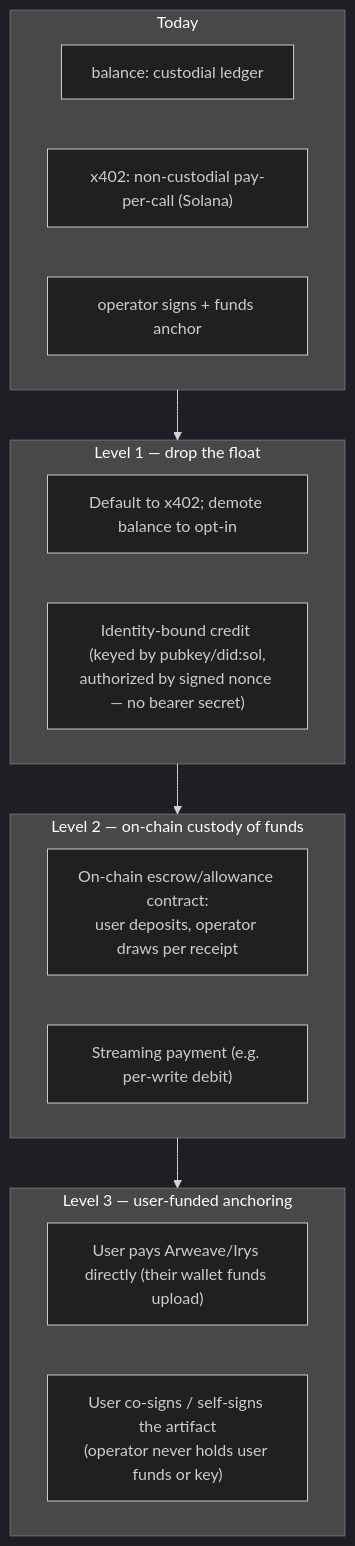
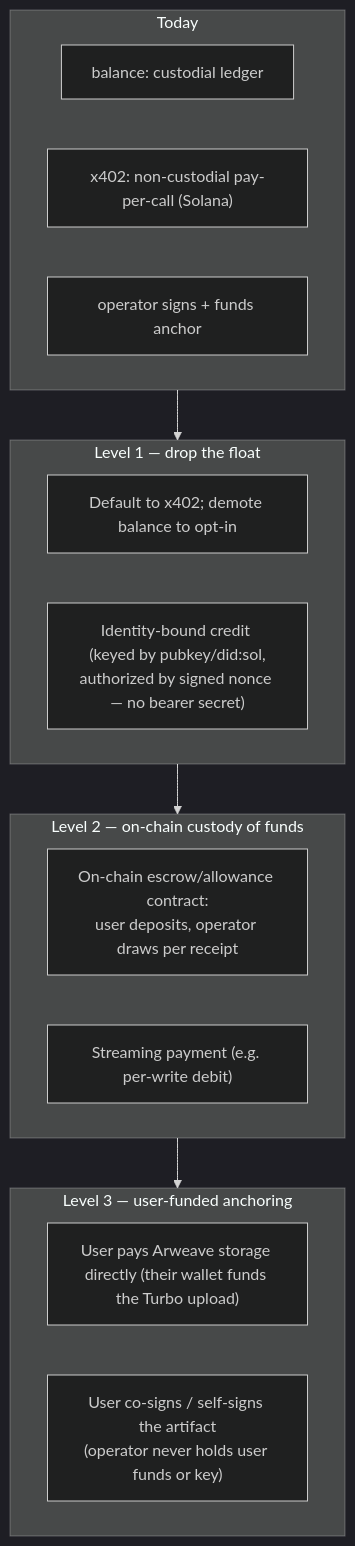
One commit to mnemonik-xyz/monorepo changed the fifth of 5 diagrams in work/payments-robustness/report.md. Above: the diagram before and after it, drawn with Mermaid (dark theme). The commit also changed other lines of this file and 90 other files, not shown here.

First line of the commit message:
docs: replace Irys with ArDrive Turbo and Arweave gateways

````diff
--- a/work/payments-robustness/report.md
+++ b/work/payments-robustness/report.md
@@ -307,21 +307,21 @@
 ```mermaid
 flowchart TD
     subgraph Now["Today"]
       C1["balance: custodial ledger"]
       C2["x402: non-custodial pay-per-call (Solana)"]
       C3["operator signs + funds anchor"]
     end
     subgraph L1["Level 1 — drop the float"]
       A["Default to x402; demote balance to opt-in"]
       B["Identity-bound credit (keyed by pubkey/did:sol,<br/>authorized by signed nonce — no bearer secret)"]
     end
     subgraph L2["Level 2 — on-chain custody of funds"]
       D["On-chain escrow/allowance contract:<br/>user deposits, operator draws per receipt"]
       E["Streaming payment (e.g. per-write debit)"]
     end
     subgraph L3["Level 3 — user-funded anchoring"]
-      F["User pays Arweave/Irys directly (their wallet funds upload)"]
+      F["User pays Arweave storage directly (their wallet funds the Turbo upload)"]
       G["User co-signs / self-signs the artifact<br/>(operator never holds user funds or key)"]
     end
     Now --> L1 --> L2 --> L3
 ```
````
